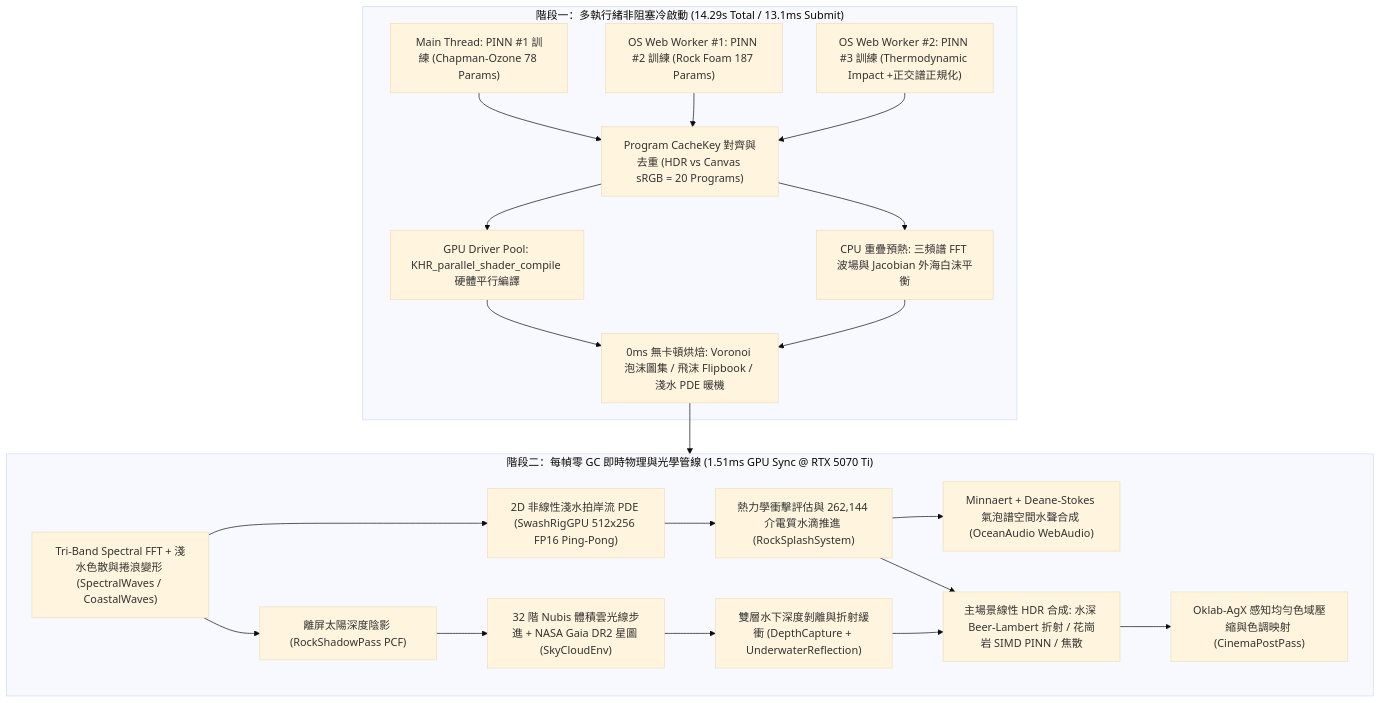
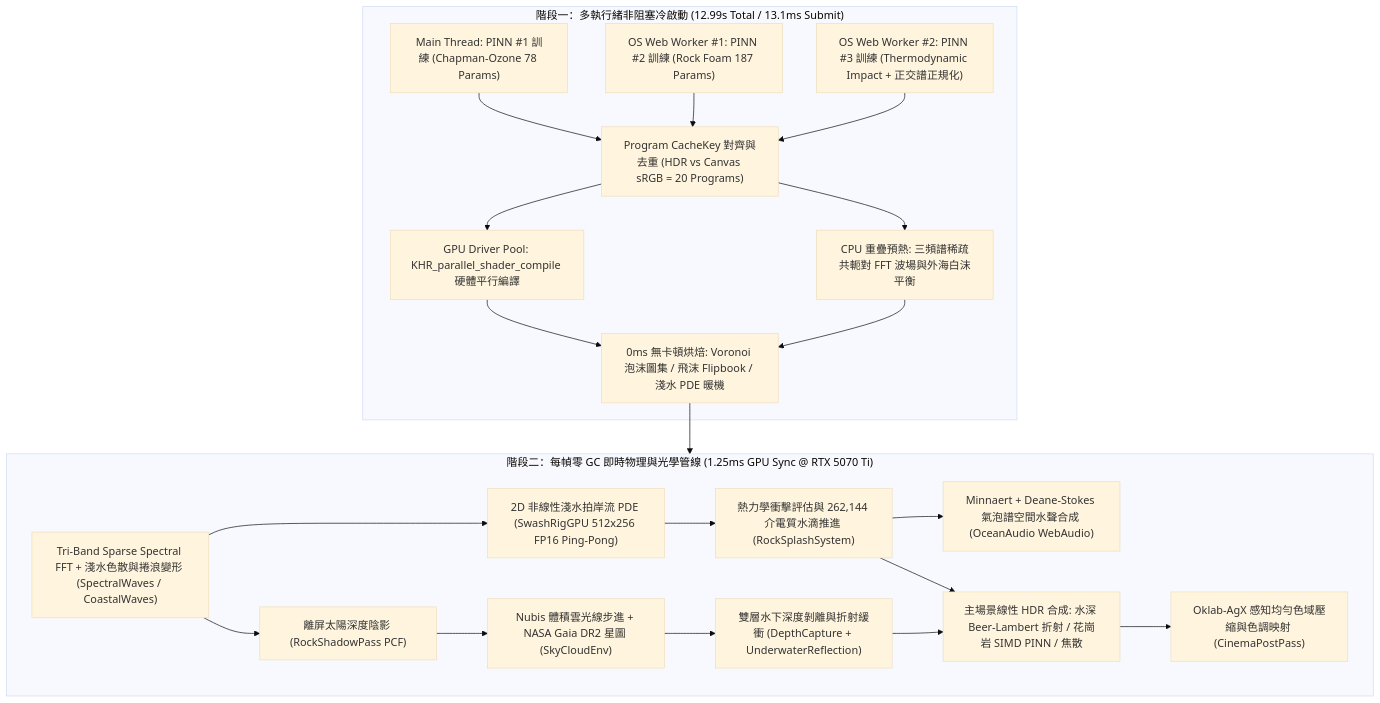
The first of 4 diagrams in TECHNICAL_WHITEPAPER.md (bgbg108555/NeuralSpecOcean), drawn with Mermaid (base theme) before and after one commit. The commit also changed other lines of this file and 4 other files, not shown here.

````diff
--- a/TECHNICAL_WHITEPAPER.md
+++ b/TECHNICAL_WHITEPAPER.md
@@ -18,43 +18,43 @@
 ```mermaid
 flowchart TD
-    subgraph ColdBoot["階段一：多執行緒非阻塞冷啟動 (14.29s Total / 13.1ms Submit)"]
+    subgraph ColdBoot["階段一：多執行緒非阻塞冷啟動 (12.99s Total / 13.1ms Submit)"]
         W0["Main Thread: PINN #1 訓練 (Chapman-Ozone 78 Params)"]
         W1["OS Web Worker #1: PINN #2 訓練 (Rock Foam 187 Params)"]
-        W2["OS Web Worker #2: PINN #3 訓練 (Thermodynamic Impact +正交譜正規化)"]
+        W2["OS Web Worker #2: PINN #3 訓練 (Thermodynamic Impact + 正交譜正規化)"]
         SC["Program CacheKey 對齊與去重 (HDR vs Canvas sRGB = 20 Programs)"]
         KHR["GPU Driver Pool: KHR_parallel_shader_compile 硬體平行編譯"]
-        FFT0["CPU 重疊預熱: 三頻譜 FFT 波場與 Jacobian 外海白沫平衡"]
+        FFT0["CPU 重疊預熱: 三頻譜稀疏共軛對 FFT 波場與外海白沫平衡"]
         BAKE["0ms 無卡頓烘焙: Voronoi 泡沫圖集 / 飛沫 Flipbook / 淺水 PDE 暖機"]
         W0 --> SC
         W1 --> SC
         W2 --> SC
         SC --> KHR
         SC --> FFT0
         KHR --> BAKE
         FFT0 --> BAKE
     end
 
-    subgraph FrameLoop["階段二：每幀零 GC 即時物理與光學管線 (1.51ms GPU Sync @ RTX 5070 Ti)"]
-        WAVE["Tri-Band Spectral FFT + 淺水色散與捲浪變形 (SpectralWaves / CoastalWaves)"]
+    subgraph FrameLoop["階段二：每幀零 GC 即時物理與光學管線 (1.25ms GPU Sync @ RTX 5070 Ti)"]
+        WAVE["Tri-Band Sparse Spectral FFT + 淺水色散與捲浪變形 (SpectralWaves / CoastalWaves)"]
         SWASH["2D 非線性淺水拍岸流 PDE (SwashRigGPU 512x256 FP16 Ping-Pong)"]
         SPLASH["熱力學衝擊評估與 262,144 介電質水滴推進 (RockSplashSystem)"]
         SHADOW["離屏太陽深度陰影 (RockShadowPass PCF)"]
-        SKY["32 階 Nubis 體積雲光線步進 + NASA Gaia DR2 星圖 (SkyCloudEnv)"]
+        SKY["Nubis 體積雲光線步進 + NASA Gaia DR2 星圖 (SkyCloudEnv)"]
         PEEL["雙層水下深度剝離與折射緩衝 (DepthCapture + UnderwaterReflection)"]
         HDR["主場景線性 HDR 合成: 水深 Beer-Lambert 折射 / 花崗岩 SIMD PINN / 焦散"]
         AUDIO["Minnaert + Deane-Stokes 氣泡譜空間水聲合成 (OceanAudio WebAudio)"]
         POST["Oklab-AgX 感知均勻色域壓縮與色調映射 (CinemaPostPass)"]
 
         WAVE --> SWASH
         SWASH --> SPLASH
         SPLASH --> AUDIO
         WAVE --> SHADOW
         SHADOW --> SKY
         SKY --> PEEL
         PEEL --> HDR
         SPLASH --> HDR
         HDR --> POST
     end
 
     BAKE --> FrameLoop
 ```
````
